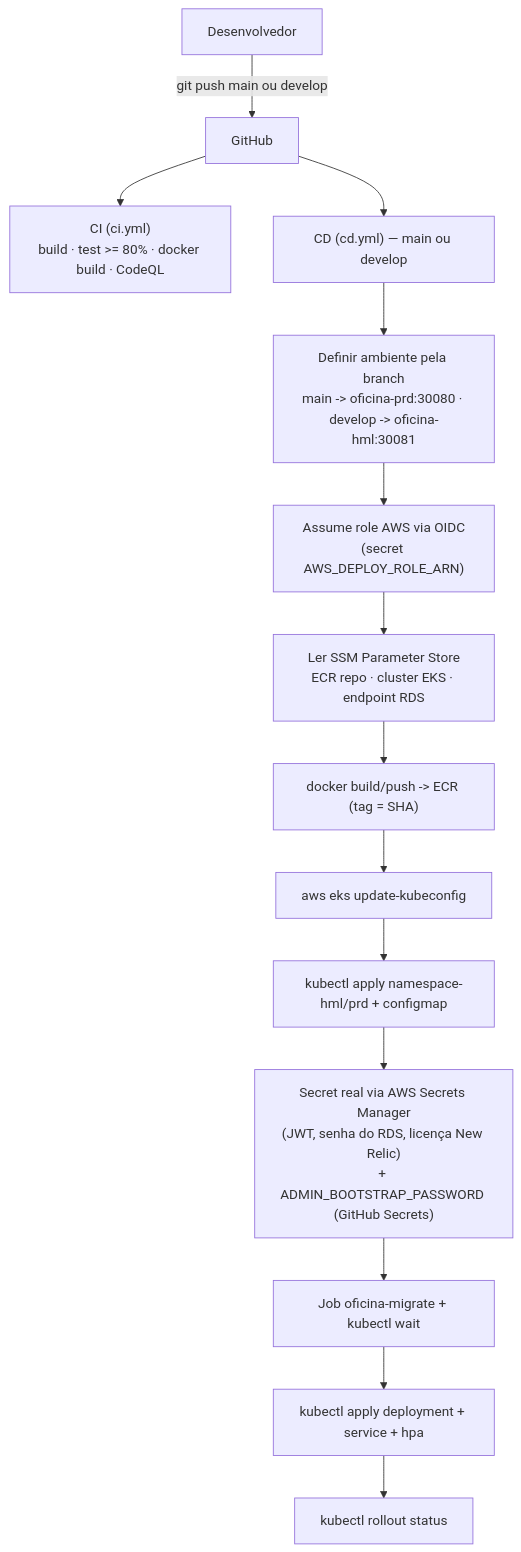
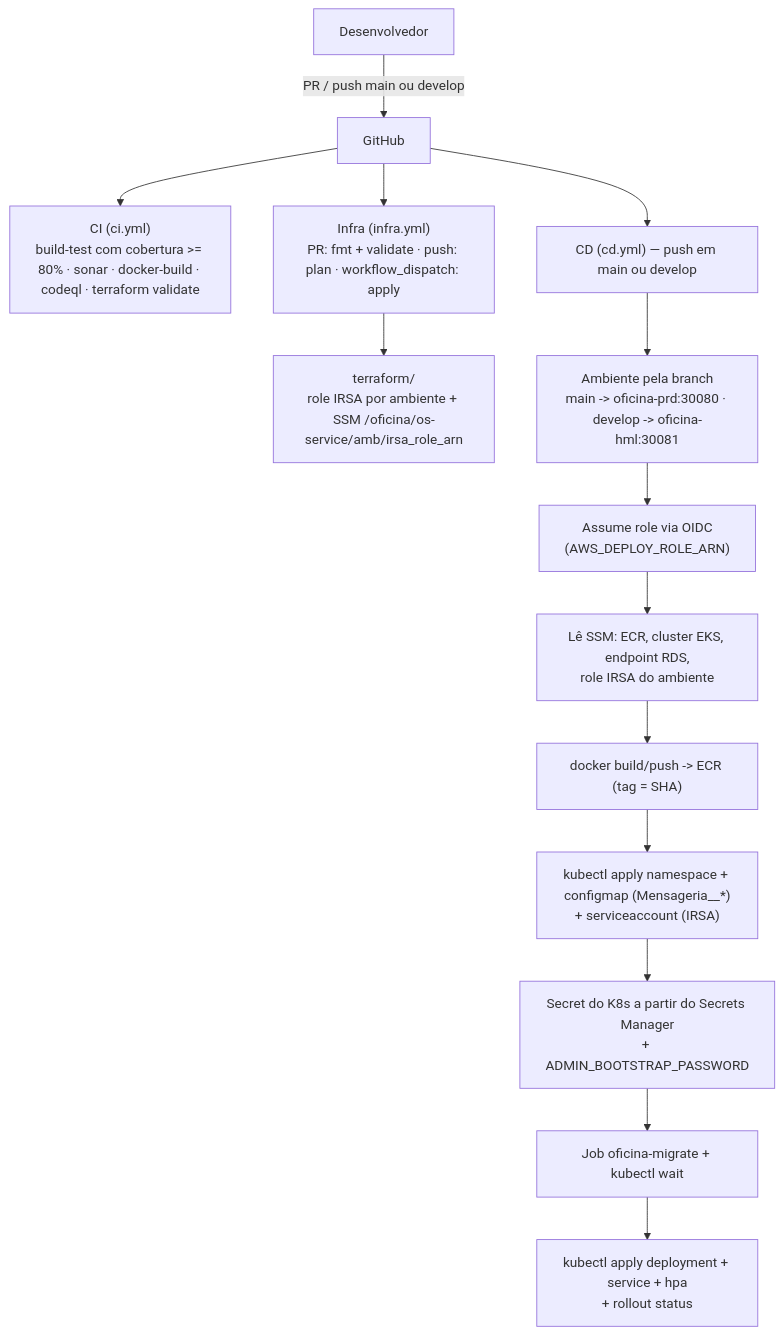
Before and after one commit to lcr-thiago-fernandes/oficina-app: the sixth of 6 diagrams in README.md, drawn with Mermaid. The commit also changed other lines of this file and 15 other files, not shown here.

First line of the commit message:
docs: README apresenta o OS Service, a saga orquestrada e a evidencia de cobertura

````diff
--- a/README.md
+++ b/README.md
@@ -149,16 +597,16 @@
 ```mermaid
 flowchart TD
-    DEV["Desenvolvedor"] -->|"git push main ou develop"| GH["GitHub"]
-    GH --> CI["CI (ci.yml)<br/>build · test >= 80% · docker build · CodeQL"]
-    GH --> CD["CD (cd.yml) — main ou develop"]
-    CD --> ENV["Definir ambiente pela branch<br/>main -> oficina-prd:30080 · develop -> oficina-hml:30081"]
-    ENV --> A1["Assume role AWS via OIDC<br/>(secret AWS_DEPLOY_ROLE_ARN)"]
-    A1 --> A2["Ler SSM Parameter Store<br/>ECR repo · cluster EKS · endpoint RDS"]
+    DEV["Desenvolvedor"] -->|"PR / push main ou develop"| GH["GitHub"]
+    GH --> CI["CI (ci.yml)<br/>build-test com cobertura >= 80% · sonar · docker-build · codeql · terraform validate"]
+    GH --> INF["Infra (infra.yml)<br/>PR: fmt + validate · push: plan · workflow_dispatch: apply"]
+    GH --> CD["CD (cd.yml) — push em main ou develop"]
+    INF --> TF["terraform/<br/>role IRSA por ambiente + SSM /oficina/os-service/amb/irsa_role_arn"]
+    CD --> ENV["Ambiente pela branch<br/>main -> oficina-prd:30080 · develop -> oficina-hml:30081"]
+    ENV --> A1["Assume role via OIDC<br/>(AWS_DEPLOY_ROLE_ARN)"]
+    A1 --> A2["Lê SSM: ECR, cluster EKS, endpoint RDS,<br/>role IRSA do ambiente"]
     A2 --> A3["docker build/push -> ECR (tag = SHA)"]
-    A3 --> A4["aws eks update-kubeconfig"]
-    A4 --> A5["kubectl apply namespace-hml/prd + configmap"]
-    A5 --> A6["Secret real via AWS Secrets Manager<br/>(JWT, senha do RDS, licença New Relic)<br/>+ ADMIN_BOOTSTRAP_PASSWORD (GitHub Secrets)"]
-    A6 --> A7["Job oficina-migrate + kubectl wait"]
-    A7 --> A8["kubectl apply deployment + service + hpa"]
-    A8 --> A9["kubectl rollout status"]
+    A3 --> A4["kubectl apply namespace + configmap (Mensageria__*)<br/>+ serviceaccount (IRSA)"]
+    A4 --> A5["Secret do K8s a partir do Secrets Manager<br/>+ ADMIN_BOOTSTRAP_PASSWORD"]
+    A5 --> A6["Job oficina-migrate + kubectl wait"]
+    A6 --> A7["kubectl apply deployment + service + hpa<br/>+ rollout status"]
 ```
````
